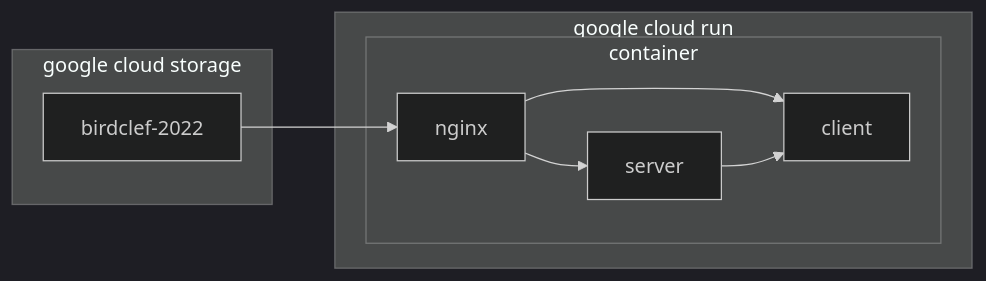
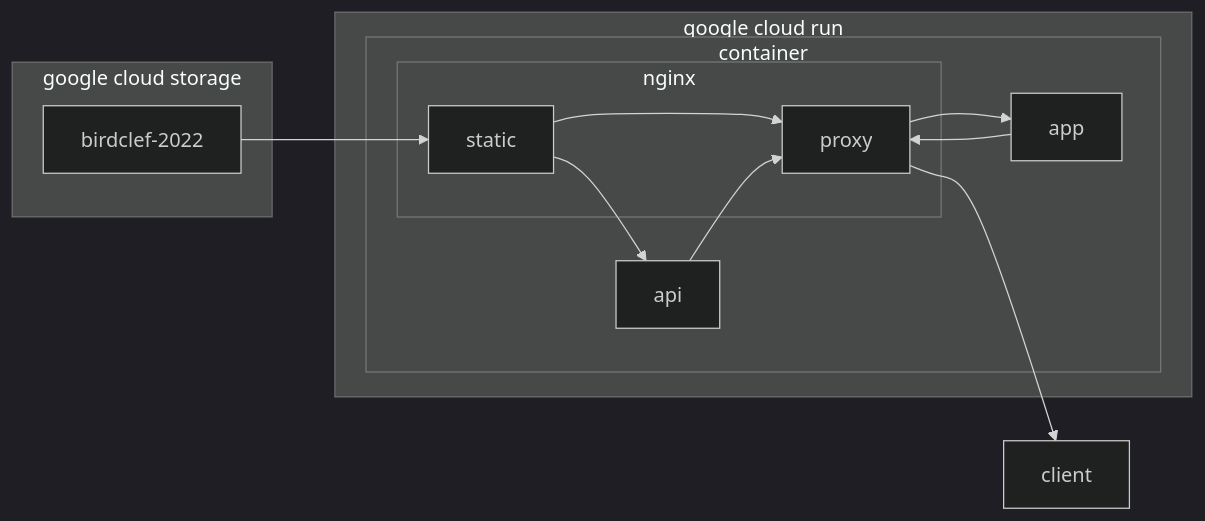
One commit to acmiyaguchi/birdclef-motif-viewer changed the second of 2 diagrams in README.md. Above: the diagram before and after it, drawn with Mermaid (dark theme). The commit also changed other lines of this file, not shown here.

Commit message:
Update diagrams

````diff
--- a/README.md
+++ b/README.md
@@ -64,19 +68,25 @@
 ```mermaid
 graph LR
     subgraph google cloud run
         subgraph container
-            nginx
-            client
-            server
+            subgraph nginx
+                static
+                proxy
+            end
+            static --> proxy
+            app
+            api
         end
     end
 
     subgraph google cloud storage
         birdclef-2022
     end
 
-    birdclef-2022 --> nginx
-    nginx --> server
-    nginx --> client
-    server --> client
+    birdclef-2022 --> static
+    static --> api
+    api --> proxy
+    proxy --> app
+    app --> proxy
+    proxy --> client
 ```
````
